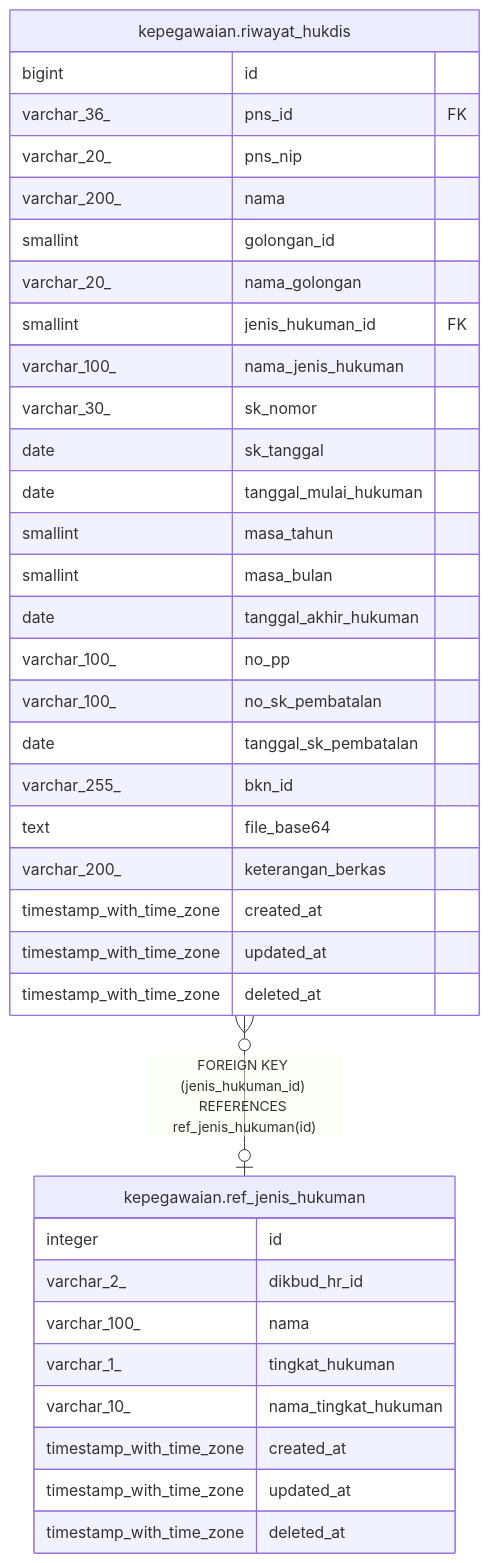
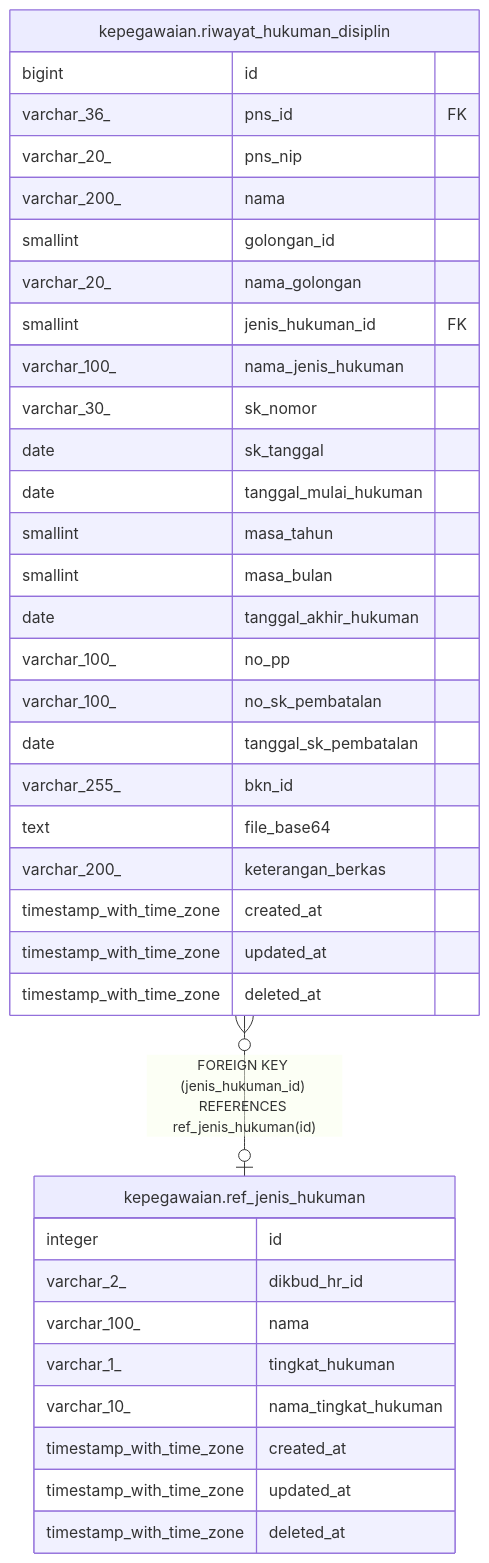
Before and after one commit to nandanugg/triforce.nvim: the diagram in services/kepegawaian/docs/db/kepegawaian.ref_jenis_hukuman.md, drawn with Mermaid. The commit also changed other lines of this file and 43 other files, not shown here.

````diff
--- a/services/kepegawaian/docs/db/kepegawaian.ref_jenis_hukuman.md
+++ b/services/kepegawaian/docs/db/kepegawaian.ref_jenis_hukuman.md
@@ -34,41 +34,41 @@
 ```mermaid
 erDiagram
 
-"kepegawaian.riwayat_hukdis" }o--o| "kepegawaian.ref_jenis_hukuman" : "FOREIGN KEY (jenis_hukuman_id) REFERENCES ref_jenis_hukuman(id)"
+"kepegawaian.riwayat_hukuman_disiplin" }o--o| "kepegawaian.ref_jenis_hukuman" : "FOREIGN KEY (jenis_hukuman_id) REFERENCES ref_jenis_hukuman(id)"
 
 "kepegawaian.ref_jenis_hukuman" {
   integer id
   varchar_2_ dikbud_hr_id
   varchar_100_ nama
   varchar_1_ tingkat_hukuman
   varchar_10_ nama_tingkat_hukuman
   timestamp_with_time_zone created_at
   timestamp_with_time_zone updated_at
   timestamp_with_time_zone deleted_at
 }
-"kepegawaian.riwayat_hukdis" {
+"kepegawaian.riwayat_hukuman_disiplin" {
   bigint id
   varchar_36_ pns_id FK
   varchar_20_ pns_nip
   varchar_200_ nama
   smallint golongan_id
   varchar_20_ nama_golongan
   smallint jenis_hukuman_id FK
   varchar_100_ nama_jenis_hukuman
   varchar_30_ sk_nomor
   date sk_tanggal
   date tanggal_mulai_hukuman
   smallint masa_tahun
   smallint masa_bulan
   date tanggal_akhir_hukuman
   varchar_100_ no_pp
   varchar_100_ no_sk_pembatalan
   date tanggal_sk_pembatalan
   varchar_255_ bkn_id
   text file_base64
   varchar_200_ keterangan_berkas
   timestamp_with_time_zone created_at
   timestamp_with_time_zone updated_at
   timestamp_with_time_zone deleted_at
 }
 ```
````
